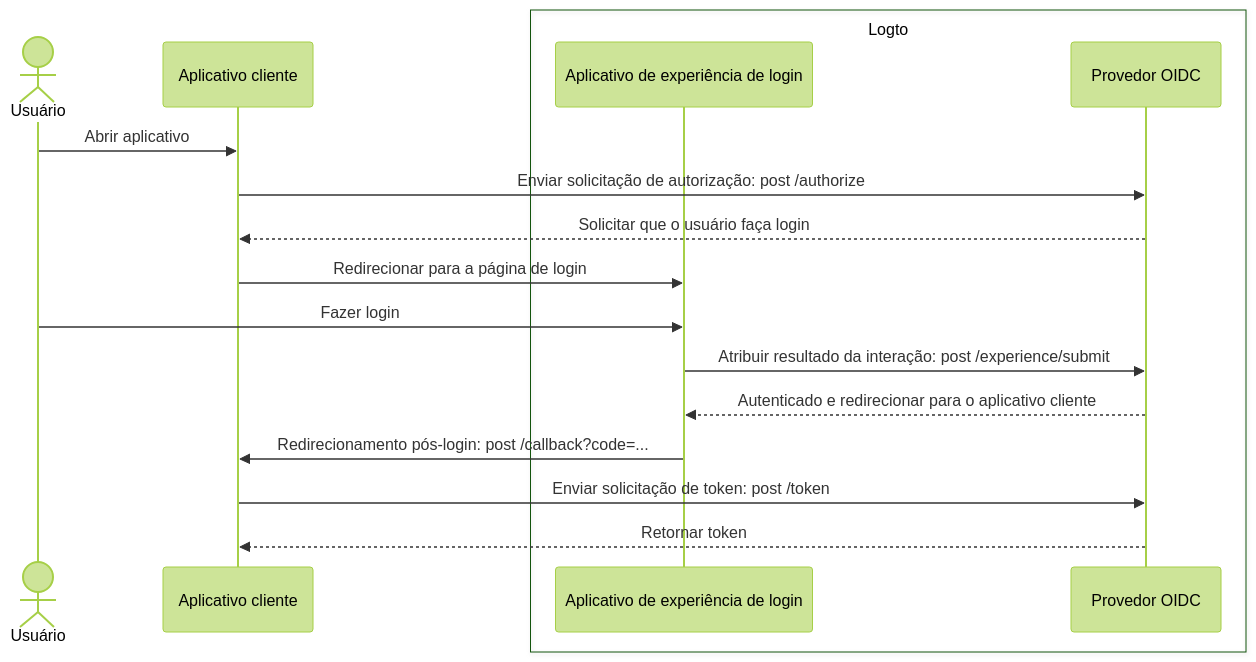
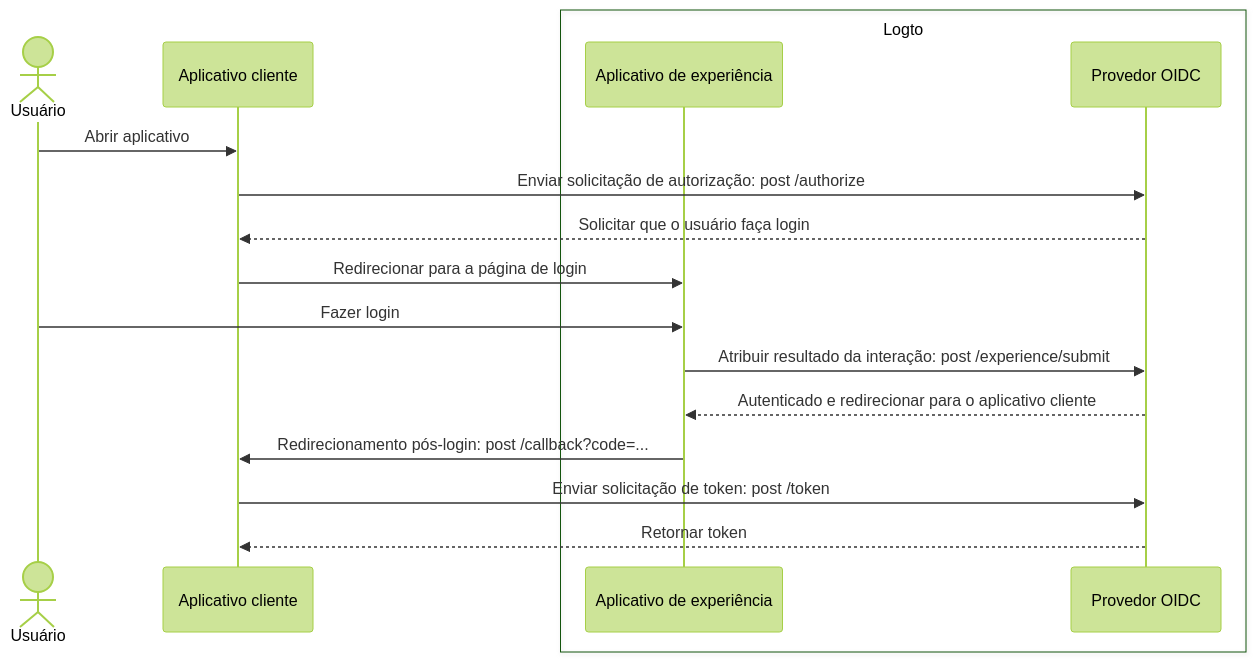
The first of 2 diagrams in i18n/pt-BR/docusaurus-plugin-content-docs/current/end-user-flows/sign-up-and-sign-in/README.mdx (logto-io/docs), drawn with Mermaid (forest theme) before and after one commit. The commit also changed other lines of this file and 407 other files, not shown here.

````diff
--- a/i18n/pt-BR/docusaurus-plugin-content-docs/current/end-user-flows/sign-up-and-sign-in/README.mdx
+++ b/i18n/pt-BR/docusaurus-plugin-content-docs/current/end-user-flows/sign-up-and-sign-in/README.mdx
@@ -15,21 +15,21 @@
 ```mermaid
 sequenceDiagram
   actor user as Usuário
   participant client as Aplicativo cliente
 
   box Logto
-    participant experience as Aplicativo de experiência de login
+    participant experience as Aplicativo de experiência
     participant oidc as Provedor OIDC
   end
 
   user ->> client: Abrir aplicativo
   client ->> oidc: Enviar solicitação de autorização: post /authorize
   oidc -->> client: Solicitar que o usuário faça login
   client ->> experience: Redirecionar para a página de login
   user ->> experience: Fazer login
   experience ->> oidc: Atribuir resultado da interação: post /experience/submit
   oidc -->> experience: Autenticado e redirecionar para o aplicativo cliente
   experience ->> client: Redirecionamento pós-login: post /callback?code=...
   client ->> oidc: Enviar solicitação de token: post /token
   oidc -->> client: Retornar token
 ```
````
